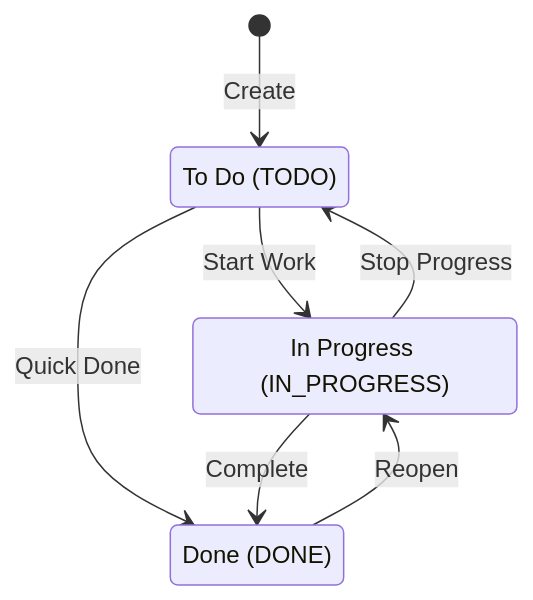
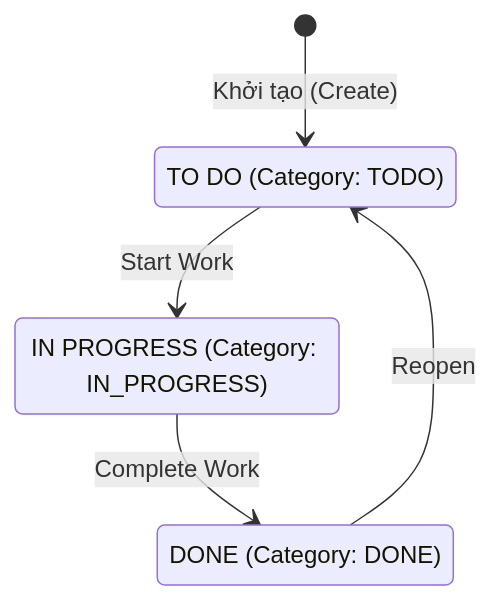
Before and after one commit to Hecker-Chuoi/DATN-2026: the fifth of 11 diagrams in formal_doc/02_NGHIEP_VU_PROJECT.md, drawn with Mermaid. The commit also changed other lines of this file and 60 other files, not shown here.

````diff
--- a/formal_doc/02_NGHIEP_VU_PROJECT.md
+++ b/formal_doc/02_NGHIEP_VU_PROJECT.md
@@ -156,12 +149,10 @@
 ```mermaid
 stateDiagram-v2
-    [*] --> ToDo : Create
+    [*] --> ToDo : Khởi tạo (Create)
     ToDo --> InProgress : Start Work
-    ToDo --> Done : Quick Done
-    InProgress --> Done : Complete
-    InProgress --> ToDo : Stop Progress
-    Done --> InProgress : Reopen
-    ToDo : To Do (TODO)
-    InProgress : In Progress (IN_PROGRESS)
-    Done : Done (DONE)
+    InProgress --> Done : Complete Work
+    Done --> ToDo : Reopen
+    ToDo : TO DO (Category: TODO)
+    InProgress : IN PROGRESS (Category: IN_PROGRESS)
+    Done : DONE (Category: DONE)
 ```
````
